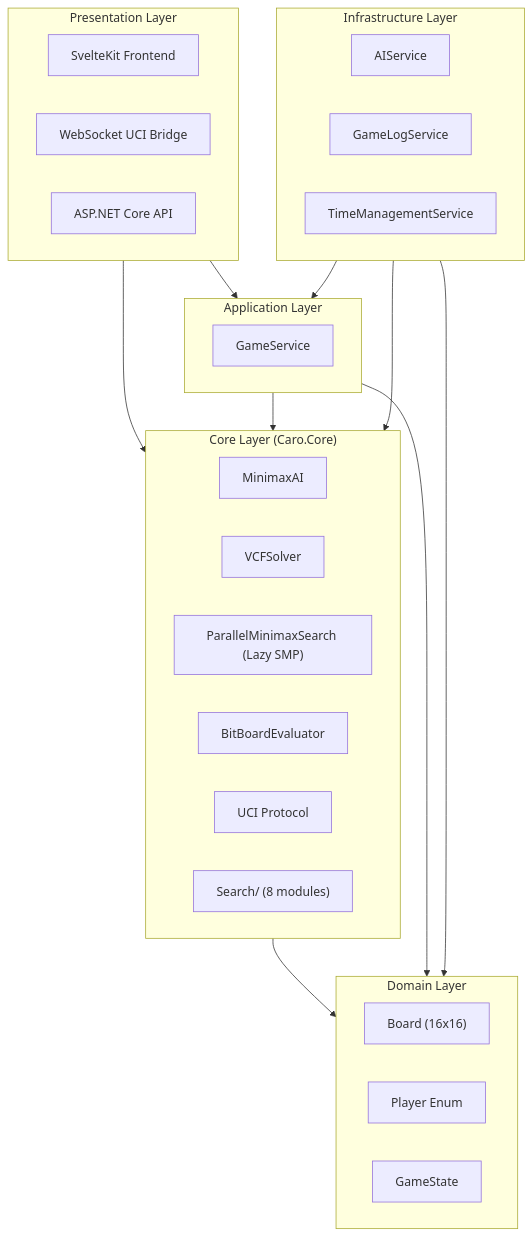
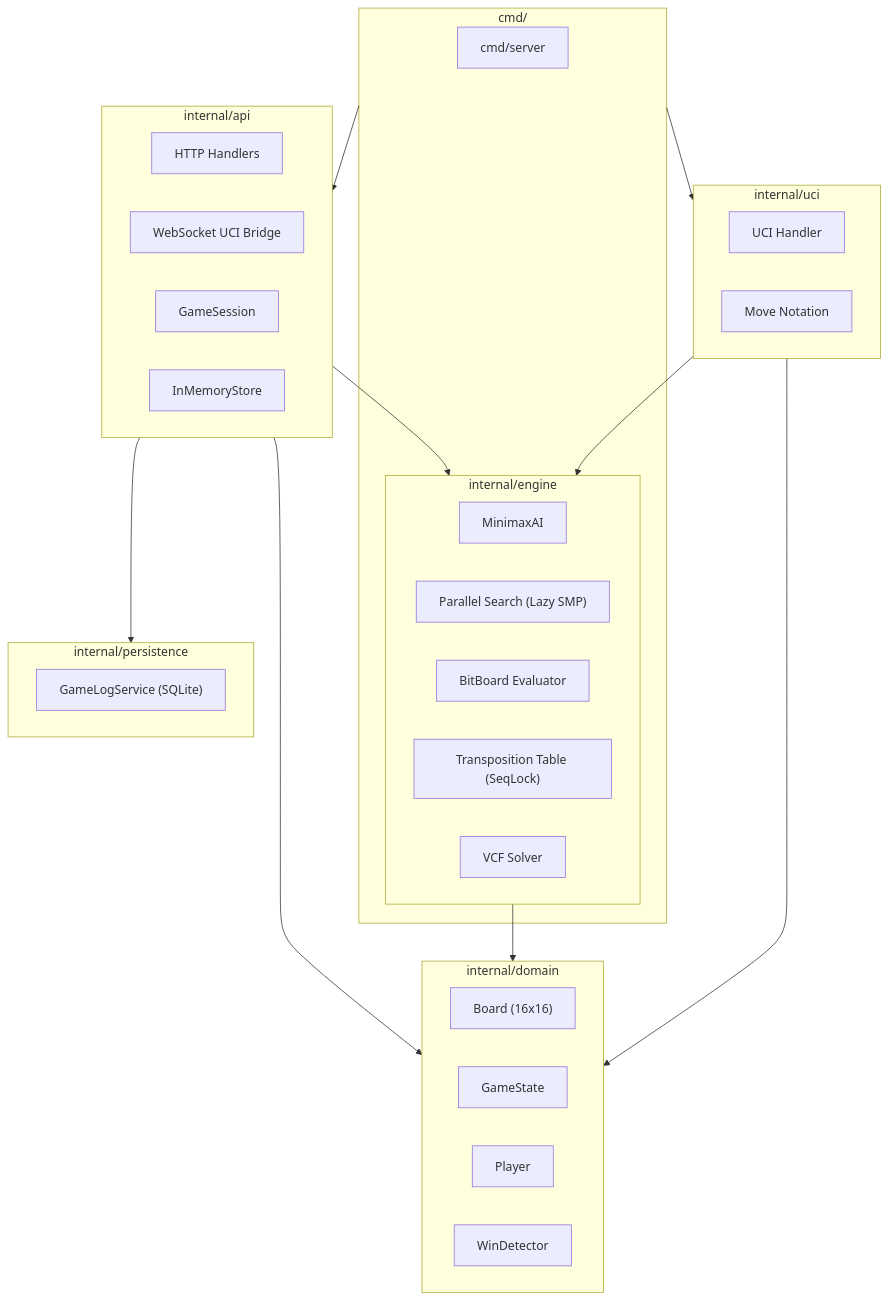
Before and after one commit to lavantien/caro-ai-pvp: the diagram in README.md, drawn with Mermaid. The commit also changed other lines of this file and 3 other files, not shown here.

````diff
--- a/README.md
+++ b/README.md
@@ -225,42 +231,47 @@
 ```mermaid
 graph TB
-    subgraph Presentation["Presentation Layer"]
-        SvelteKit["SvelteKit Frontend"]
-        WSUCI["WebSocket UCI Bridge"]
-        API["ASP.NET Core API"]
+    subgraph Commands["cmd/"]
+        Server["cmd/server"]
+        Engine["cmd/engine"]
     end
 
-    subgraph Application["Application Layer"]
-        GameService["GameService"]
+    subgraph API["internal/api"]
+        Handlers["HTTP Handlers"]
+        WebSocket["WebSocket UCI Bridge"]
+        Session["GameSession"]
+        Store["InMemoryStore"]
     end
 
-    subgraph Core["Core Layer (Caro.Core)"]
-        MinimaxAI["MinimaxAI"]
-        VCFSolver["VCFSolver"]
-        ParallelSearch["ParallelMinimaxSearch (Lazy SMP)"]
-        Evaluator["BitBoardEvaluator"]
-        UCIProtocol["UCI Protocol"]
-        SearchModule["Search/ (8 modules)"]
+    subgraph Engine["internal/engine"]
+        Minimax["MinimaxAI"]
+        Search["Parallel Search (Lazy SMP)"]
+        Evaluator["BitBoard Evaluator"]
+        TT["Transposition Table (SeqLock)"]
+        VCF["VCF Solver"]
     end
 
-    subgraph Domain["Domain Layer"]
+    subgraph Domain["internal/domain"]
         Board["Board (16x16)"]
-        Player["Player Enum"]
-        GameState["GameState"]
+        Game["GameState"]
+        Player["Player"]
+        Win["WinDetector"]
     end
 
-    subgraph Infrastructure["Infrastructure Layer"]
-        AIService["AIService"]
-        GameLogService["GameLogService"]
-        TimeManagementService["TimeManagementService"]
+    subgraph UCI["internal/uci"]
+        UCIHandler["UCI Handler"]
+        Notation["Move Notation"]
     end
 
-    Presentation --> Application
-    Presentation --> Core
-    Core --> Domain
-    Application --> Core
-    Application --> Domain
-    Infrastructure --> Core
-    Infrastructure --> Application
-    Infrastructure --> Domain
+    subgraph Persistence["internal/persistence"]
+        GameLog["GameLogService (SQLite)"]
+    end
+
+    Commands --> API
+    Commands --> UCI
+    API --> Engine
+    API --> Domain
+    Engine --> Domain
+    UCI --> Engine
+    UCI --> Domain
+    API --> Persistence
 ```
````
